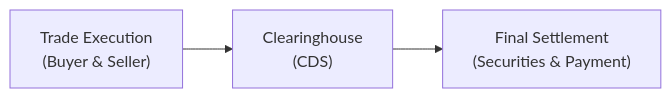
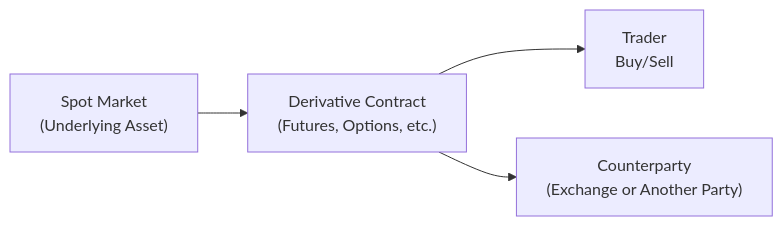
One commit to MasteryEducation/SecuritiesExamsMastery.ca changed the diagram in content/ifc/7/6/index.md. Above: the diagram before and after it, drawn with Mermaid. The commit also changed other lines of this file and 130 other files, not shown here.

````diff
--- a/content/ifc/7/6/index.md
+++ b/content/ifc/7/6/index.md
@@ -50,5 +137,6 @@
 ```mermaid
 flowchart LR
-    A["Trade Execution <br/>(Buyer & Seller)"] --> B["Clearinghouse <br/>(CDS)"]
-    B --> C["Final Settlement <br/>(Securities & Payment)"]
+    A["Spot Market <br/>(Underlying Asset)"] --> B["Derivative Contract <br/>(Futures, Options, etc.)"];
+    B --> C["Trader <br/>Buy/Sell"];
+    B --> D["Counterparty <br/>(Exchange or Another Party)"];
 ```
````
